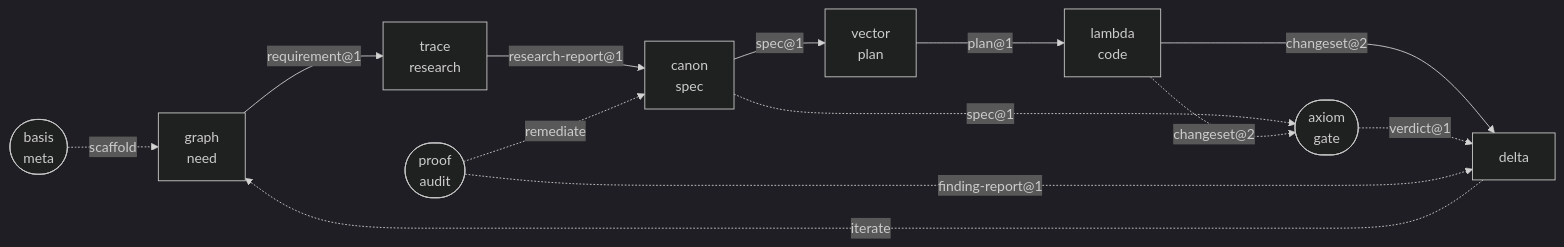
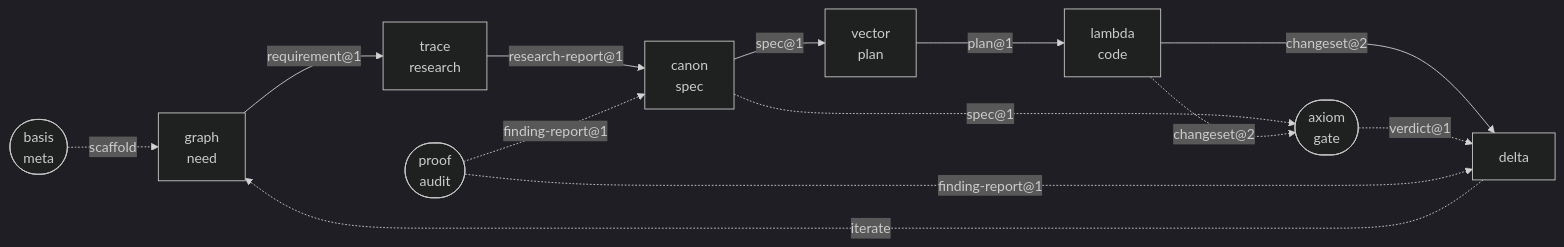
Before and after one commit to orin-dx/agent-plugins: the diagram in README.md, drawn with Mermaid (dark theme). The commit also changed 3 other files, not shown here.

````diff
--- a/README.md
+++ b/README.md
@@ -25,18 +25,18 @@
 ```mermaid
 flowchart LR
     gr[graph\nneed] -->|"requirement@1"| tr[trace\nresearch]
     tr -->|"research-report@1"| ca[canon\nspec]
     ca -->|"spec@1"| ve[vector\nplan]
     ve -->|"plan@1"| la[lambda\ncode]
     la -->|"changeset@2"| de[delta]
     de -. iterate .-> gr
 
     ax([axiom\ngate])
     ca -.->|"spec@1"| ax
     la -.->|"changeset@2"| ax
     ax -.->|"verdict@1"| de
 
     pr([proof\naudit]) -.->|"finding-report@1"| de
-    pr -.->|"remediate"| ca
+    pr -.->|"finding-report@1"| ca
     ba([basis\nmeta]) -. scaffold .-> gr
 ```
````
